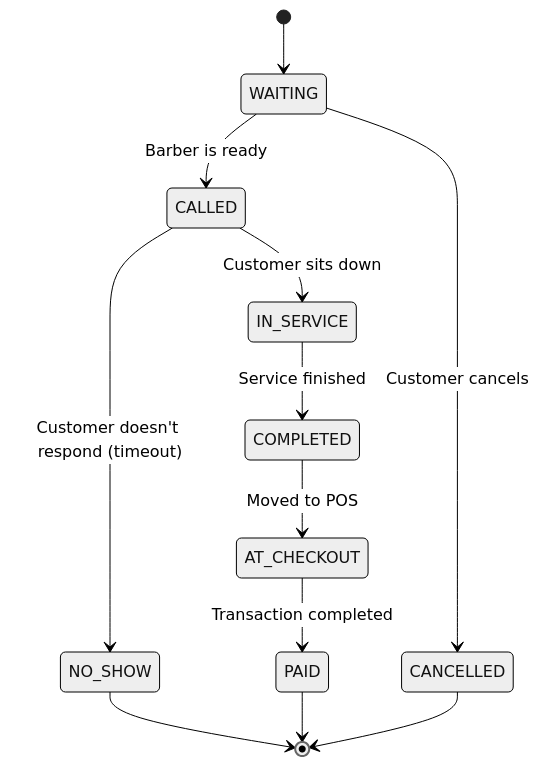
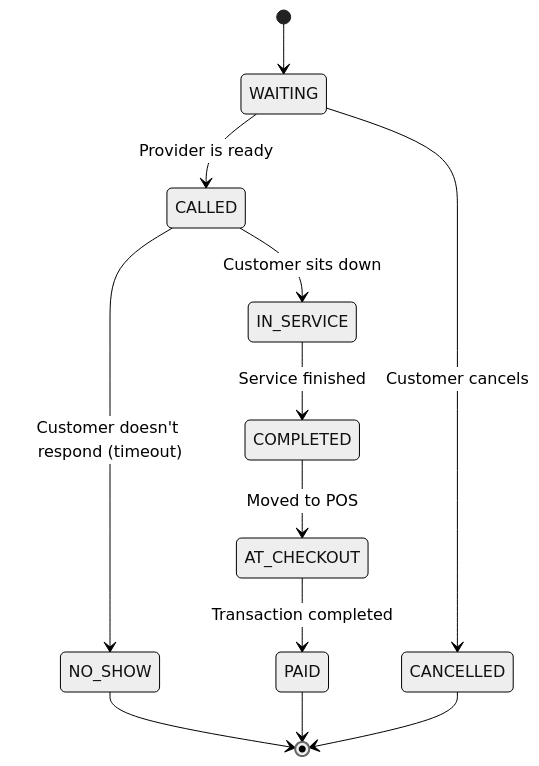
One commit to fitzfitz/bs-project changed the third of 8 diagrams in docs/business_logic.md. Above: the diagram before and after it, drawn with Mermaid (neutral theme). The commit also changed other lines of this file and 628 other files, not shown here.

````diff
--- a/docs/business_logic.md
+++ b/docs/business_logic.md
@@ -59,14 +62,14 @@
 ```mermaid
 stateDiagram-v2
     [*] --> WAITING
-    WAITING --> CALLED : Barber is ready
+    WAITING --> CALLED : Provider is ready
     CALLED --> IN_SERVICE : Customer sits down
     CALLED --> NO_SHOW : Customer doesn't respond (timeout)
     IN_SERVICE --> COMPLETED : Service finished
     COMPLETED --> AT_CHECKOUT : Moved to POS
     AT_CHECKOUT --> PAID : Transaction completed
     NO_SHOW --> [*]
     PAID --> [*]
     WAITING --> CANCELLED : Customer cancels
     CANCELLED --> [*]
 ```
````
